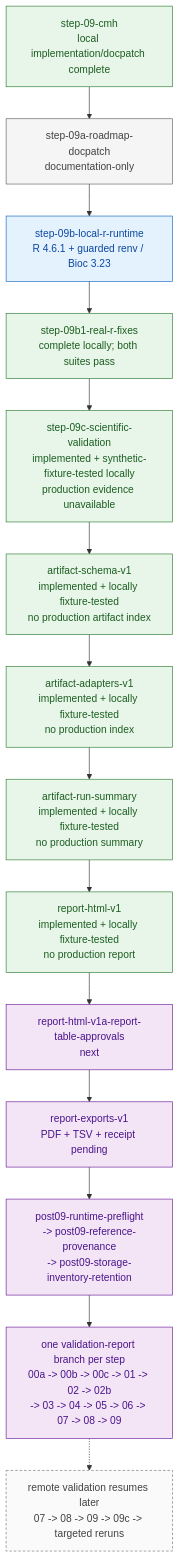
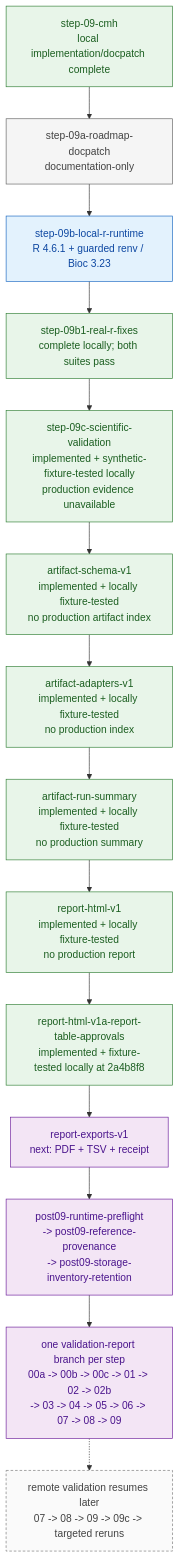
Before and after one commit to lab-cats/EMRYS: the first of 4 diagrams in docs/architecture/FUTURE_ARCHITECTURE.md, drawn with Mermaid. The commit also changed other lines of this file and 18 other files, not shown here.

Commit message:
report table approvals docpatch

````diff
--- a/docs/architecture/FUTURE_ARCHITECTURE.md
+++ b/docs/architecture/FUTURE_ARCHITECTURE.md
@@ -49,33 +52,33 @@
 ```mermaid
 flowchart TB
     classDef current fill:#e8f5e9,stroke:#2e7d32,color:#1b5e20
     classDef docs fill:#f5f5f5,stroke:#616161,color:#424242
     classDef runtime fill:#e3f2fd,stroke:#1565c0,color:#0d47a1
     classDef future fill:#f3e5f5,stroke:#6a1b9a,color:#4a148c
     classDef deferred fill:#fafafa,stroke:#757575,color:#424242,stroke-dasharray:4 3
 
     s09["step-09-cmh<br/>local implementation/docpatch complete"]
     s09a["step-09a-roadmap-docpatch<br/>documentation-only"]
     rlocal["step-09b-local-r-runtime<br/>R 4.6.1 + guarded renv / Bioc 3.23"]
     rfix["step-09b1-real-r-fixes<br/>complete locally; both suites pass"]
     science09c["step-09c-scientific-validation<br/>implemented + synthetic-fixture-tested locally<br/>production evidence unavailable"]
     artifact_schema["artifact-schema-v1<br/>implemented + locally fixture-tested<br/>no production artifact index"]
     artifact_adapters["artifact-adapters-v1<br/>implemented + locally fixture-tested<br/>no production index"]
     runsummary["artifact-run-summary<br/>implemented + locally fixture-tested<br/>no production summary"]
     reporthtml["report-html-v1<br/>implemented + locally fixture-tested<br/>no production report"]
-    approvals["report-html-v1a-report-table-approvals<br/>next"]
-    exports["report-exports-v1<br/>PDF + TSV + receipt pending"]
+    approvals["report-html-v1a-report-table-approvals<br/>implemented + fixture-tested locally at 2a4b8f8"]
+    exports["report-exports-v1<br/>next: PDF + TSV + receipt"]
     foundations["post09-runtime-preflight<br/>-> post09-reference-provenance<br/>-> post09-storage-inventory-retention"]
     validators["one validation-report branch per step<br/>00a -> 00b -> 00c -> 01 -> 02 -> 02b<br/>-> 03 -> 04 -> 05 -> 06 -> 07 -> 08 -> 09"]
     remote["remote validation resumes later<br/>07 -> 08 -> 09 -> 09c -> targeted reruns"]
 
     s09 --> s09a --> rlocal --> rfix --> science09c
     science09c --> artifact_schema --> artifact_adapters --> runsummary --> reporthtml --> approvals --> exports --> foundations --> validators
     validators -.-> remote
 
-    class s09,rfix,science09c,artifact_schema,artifact_adapters,runsummary,reporthtml current
+    class s09,rfix,science09c,artifact_schema,artifact_adapters,runsummary,reporthtml,approvals current
     class s09a docs
     class rlocal runtime
-    class approvals,exports,foundations,validators future
+    class exports,foundations,validators future
     class remote deferred
 ```
````
